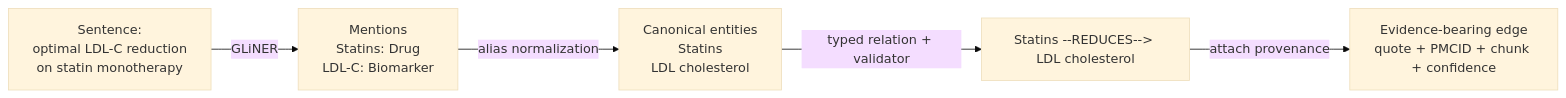
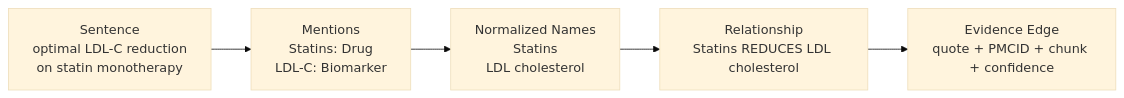
The seventh of 12 diagrams in docs/capstone_presentation.md (anthonylitwin/med-graph-rag), drawn with Mermaid (base theme) before and after one commit. The commit also changed other lines of this file, not shown here.

````diff
--- a/docs/capstone_presentation.md
+++ b/docs/capstone_presentation.md
@@ -253,7 +308,7 @@
 ```mermaid
 flowchart LR
-    A["Sentence:<br/>optimal LDL-C reduction<br/>on statin monotherapy"] -->|GLiNER| B["Mentions<br/>Statins: Drug<br/>LDL-C: Biomarker"]
-    B -->|alias normalization| C["Canonical entities<br/>Statins<br/>LDL cholesterol"]
-    C -->|typed relation + validator| D["Statins --REDUCES--> LDL cholesterol"]
-    D -->|attach provenance| E["Evidence-bearing edge<br/>quote + PMCID + chunk + confidence"]
+    A["Sentence<br/>optimal LDL-C reduction<br/>on statin monotherapy"] --> B["Mentions<br/>Statins: Drug<br/>LDL-C: Biomarker"]
+    B --> C["Normalized Names<br/>Statins<br/>LDL cholesterol"]
+    C --> D["Relationship<br/>Statins REDUCES LDL cholesterol"]
+    D --> E["Evidence Edge<br/>quote + PMCID + chunk + confidence"]
 ```
````
